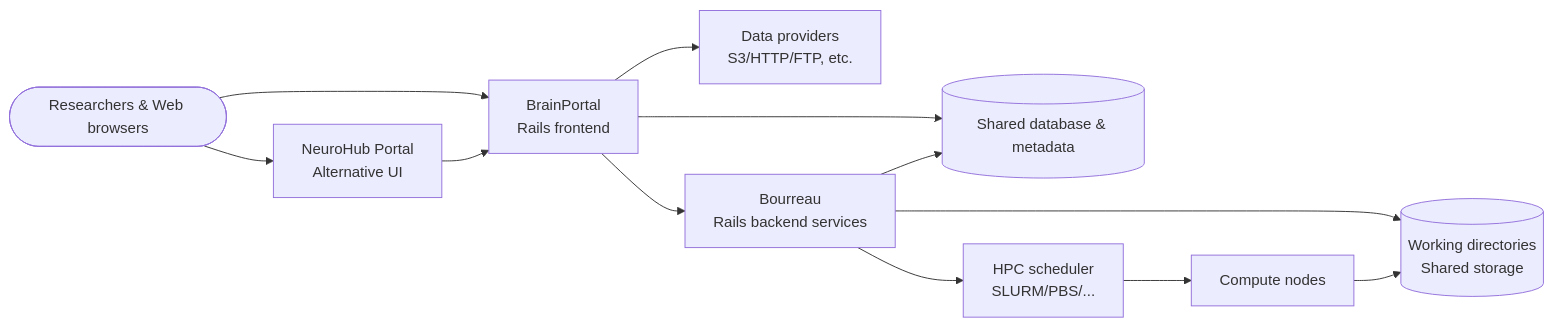
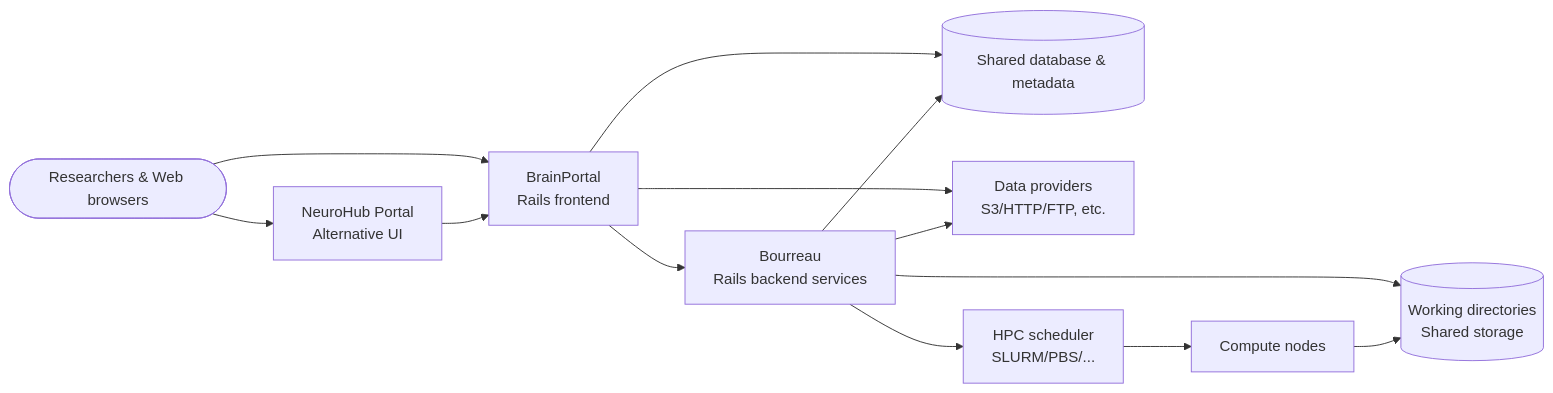
The diagram in README.md (aces/cbrain), drawn with Mermaid before and after one commit. The commit also changed other lines of this file, not shown here.

````diff
--- a/README.md
+++ b/README.md
@@ -25,23 +25,24 @@
 ```mermaid
 flowchart LR
   Users([Researchers & Web browsers])
   NH[NeuroHub Portal<br/>Alternative UI]
   BP[BrainPortal<br/>Rails frontend]
   DB[(Shared database & metadata)]
   DP[Data providers<br/>S3/HTTP/FTP, etc.]
   BO[Bourreau<br/>Rails backend services]
   Sched[HPC scheduler<br/>SLURM/PBS/...]
   Compute[Compute nodes]
   Scratch[(Working directories<br/>Shared storage)]
 
   Users --> BP
   Users --> NH
   NH --> BP
   BP --> DB
   BP --> DP
   BP --> BO
+  BO --> DP
   BO --> DB
   BO --> Sched --> Compute
   BO --> Scratch
   Compute --> Scratch
 ```
````
